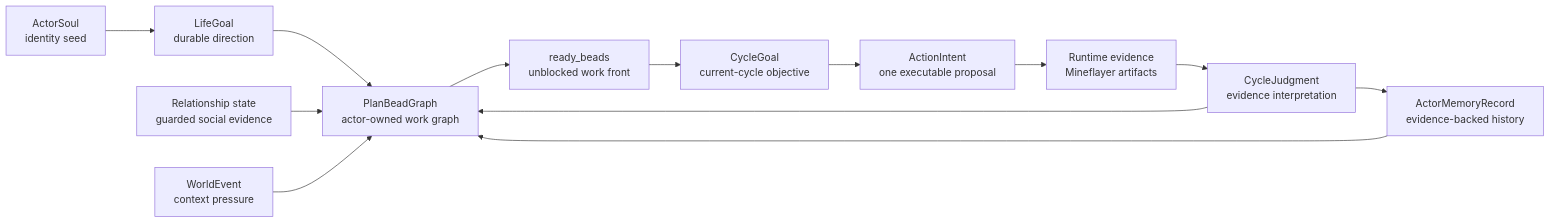
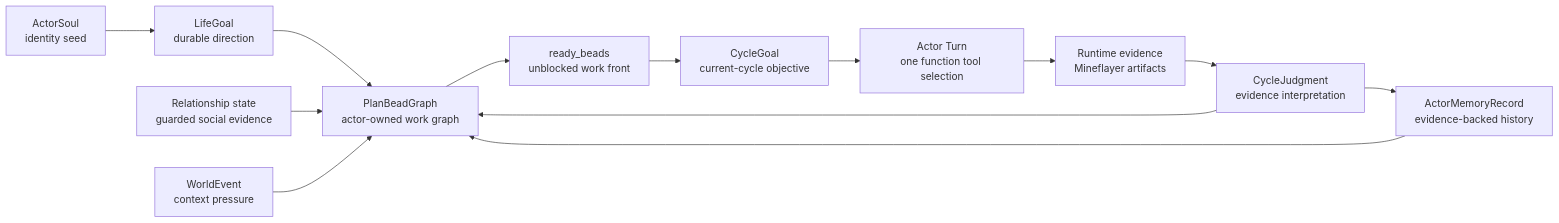
The diagram in project-docs/Architecture/Actor-Persistent-State-And-PlanBeads.md (gigio1023/minecraft-llm-agent-community), drawn with Mermaid before and after one commit. The commit also changed other lines of this file and 21 other files, not shown here.

Commit message:
Align docs with Actor Turn tool flow

````diff
--- a/project-docs/Architecture/Actor-Persistent-State-And-PlanBeads.md
+++ b/project-docs/Architecture/Actor-Persistent-State-And-PlanBeads.md
@@ -145,15 +146,15 @@
 ```mermaid
 flowchart LR
   Soul["ActorSoul<br/>identity seed"] --> Life["LifeGoal<br/>durable direction"]
   Life --> Graph["PlanBeadGraph<br/>actor-owned work graph"]
   Memory["ActorMemoryRecord<br/>evidence-backed history"] --> Graph
   Relationship["Relationship state<br/>guarded social evidence"] --> Graph
   WorldEvent["WorldEvent<br/>context pressure"] --> Graph
   Graph --> Ready["ready_beads<br/>unblocked work front"]
   Ready --> Cycle["CycleGoal<br/>current-cycle objective"]
-  Cycle --> Intent["ActionIntent<br/>one executable proposal"]
-  Intent --> Evidence["Runtime evidence<br/>Mineflayer artifacts"]
+  Cycle --> Turn["Actor Turn<br/>one function tool selection"]
+  Turn --> Evidence["Runtime evidence<br/>Mineflayer artifacts"]
   Evidence --> Judgment["CycleJudgment<br/>evidence interpretation"]
   Judgment --> Memory
   Judgment --> Graph
 ```
````
